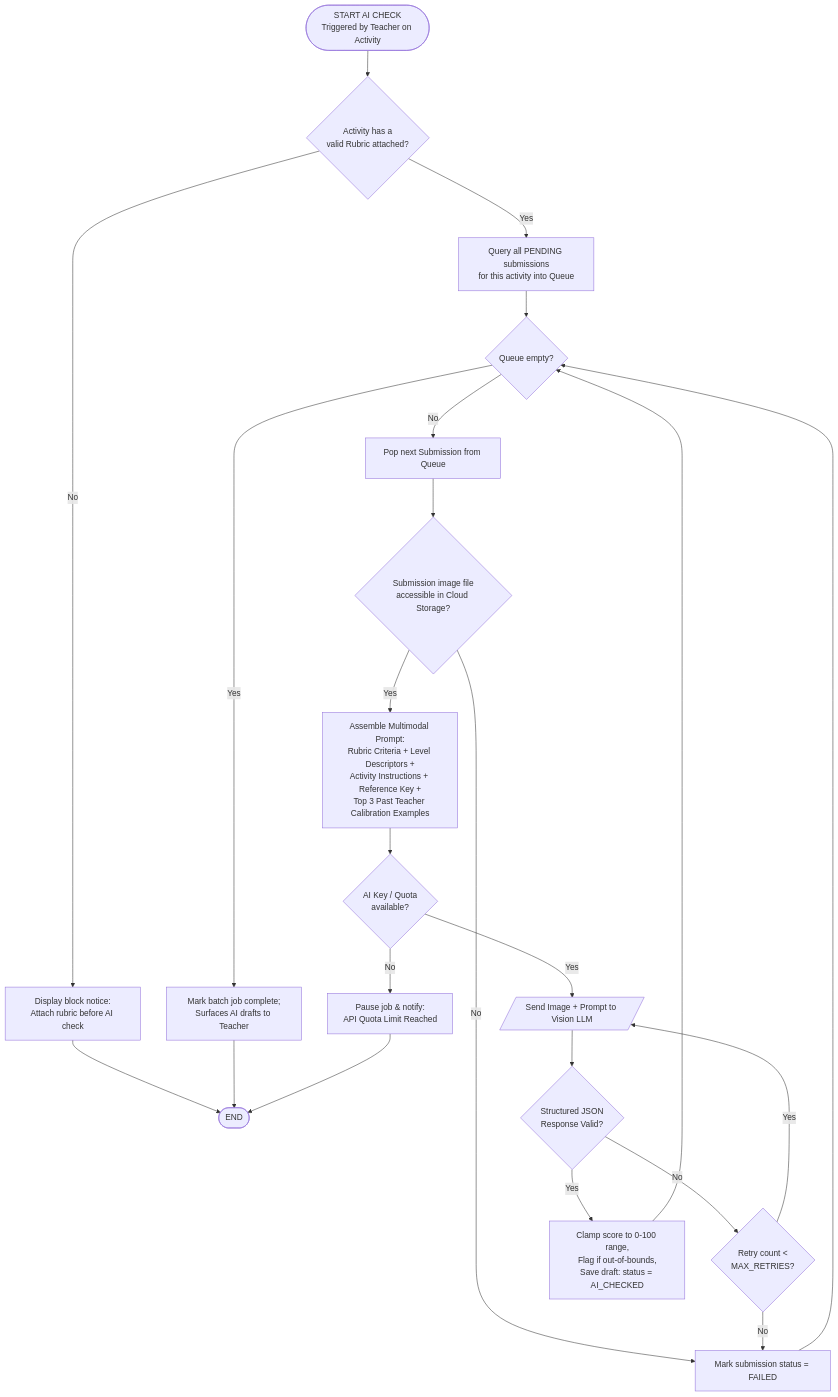
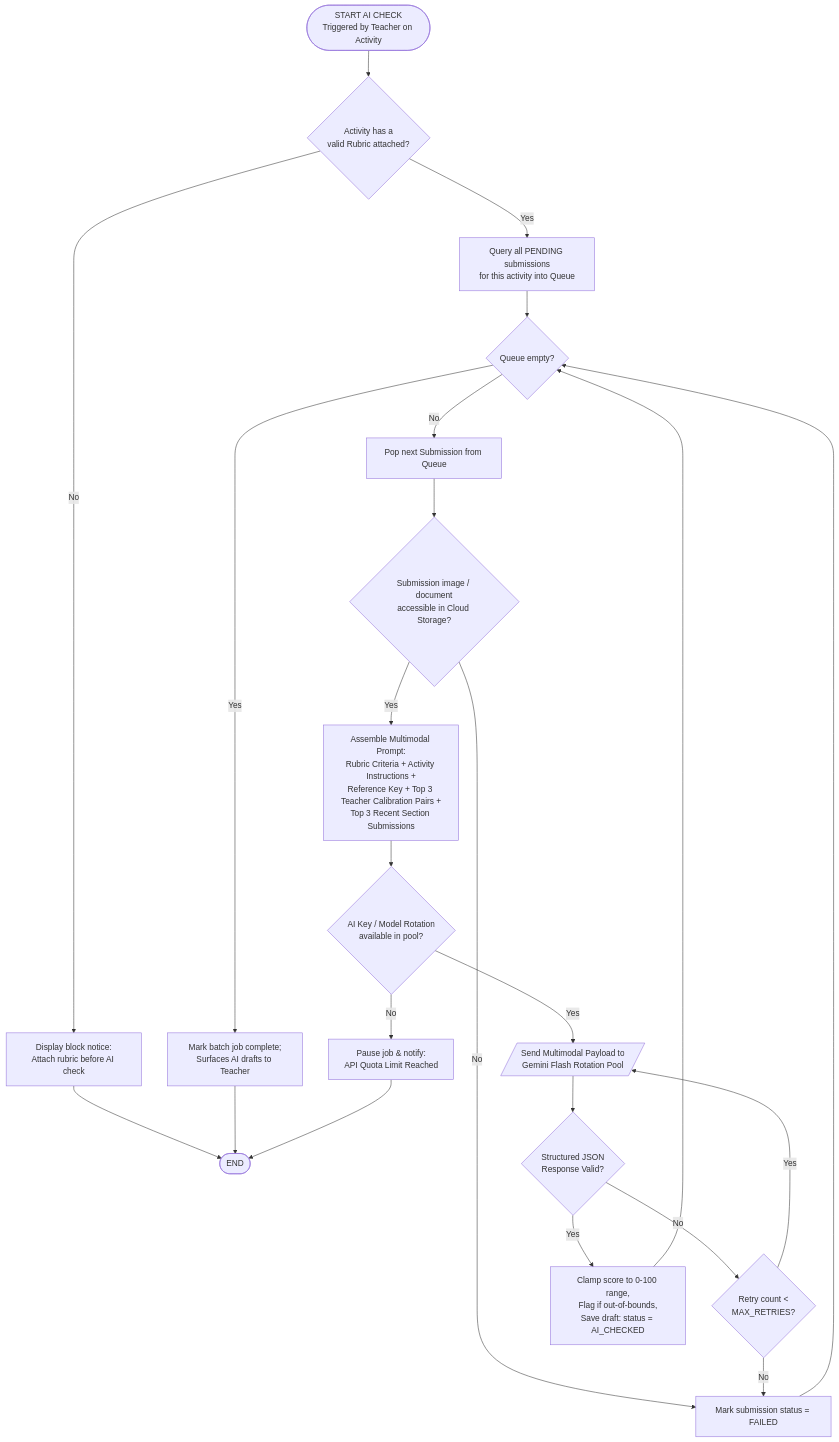
One commit to Damudachi/TulongGuro changed the second of 2 diagrams in docs/SYSTEM-FLOWCHART-AND-PSEUDOCODE.md. Above: the diagram before and after it, drawn with Mermaid. The commit also changed other lines of this file and 1 other file, not shown here.

````diff
--- a/docs/SYSTEM-FLOWCHART-AND-PSEUDOCODE.md
+++ b/docs/SYSTEM-FLOWCHART-AND-PSEUDOCODE.md
@@ -98,25 +105,25 @@
 ```mermaid
 flowchart TD
     A([START AI CHECK<br/>Triggered by Teacher on Activity]) --> C{Activity has a<br/>valid Rubric attached?}
     C -- No --> D[Display block notice:<br/>Attach rubric before AI check]
     D --> Z([END])
     C -- Yes --> E[Query all PENDING submissions<br/>for this activity into Queue]
     E --> F{Queue empty?}
     F -- Yes --> Y[Mark batch job complete;<br/>Surfaces AI drafts to Teacher]
     Y --> Z
     F -- No --> G[Pop next Submission from Queue]
-    G --> H{Submission image file<br/>accessible in Cloud Storage?}
+    G --> H{Submission image / document<br/>accessible in Cloud Storage?}
     H -- No --> I[Mark submission status = FAILED]
     I --> F
-    H -- Yes --> J[Assemble Multimodal Prompt:<br/>Rubric Criteria + Level Descriptors +<br/>Activity Instructions + Reference Key +<br/>Top 3 Past Teacher Calibration Examples]
-    J --> K{AI Key / Quota<br/>available?}
+    H -- Yes --> J[Assemble Multimodal Prompt:<br/>Rubric Criteria + Activity Instructions +<br/>Reference Key + Top 3 Teacher Calibration Pairs +<br/>Top 3 Recent Section Submissions]
+    J --> K{AI Key / Model Rotation<br/>available in pool?}
     K -- No --> L[Pause job & notify:<br/>API Quota Limit Reached]
     L --> Z
-    K -- Yes --> M[/Send Image + Prompt to Vision LLM/]
+    K -- Yes --> M[/Send Multimodal Payload to<br/>Gemini Flash Rotation Pool/]
     M --> N{Structured JSON<br/>Response Valid?}
     N -- No --> O{Retry count <<br/>MAX_RETRIES?}
     O -- Yes --> M
     O -- No --> I
     N -- Yes --> Q[Clamp score to 0-100 range,<br/>Flag if out-of-bounds,<br/>Save draft: status = AI_CHECKED]
     Q --> F
 ```
````
